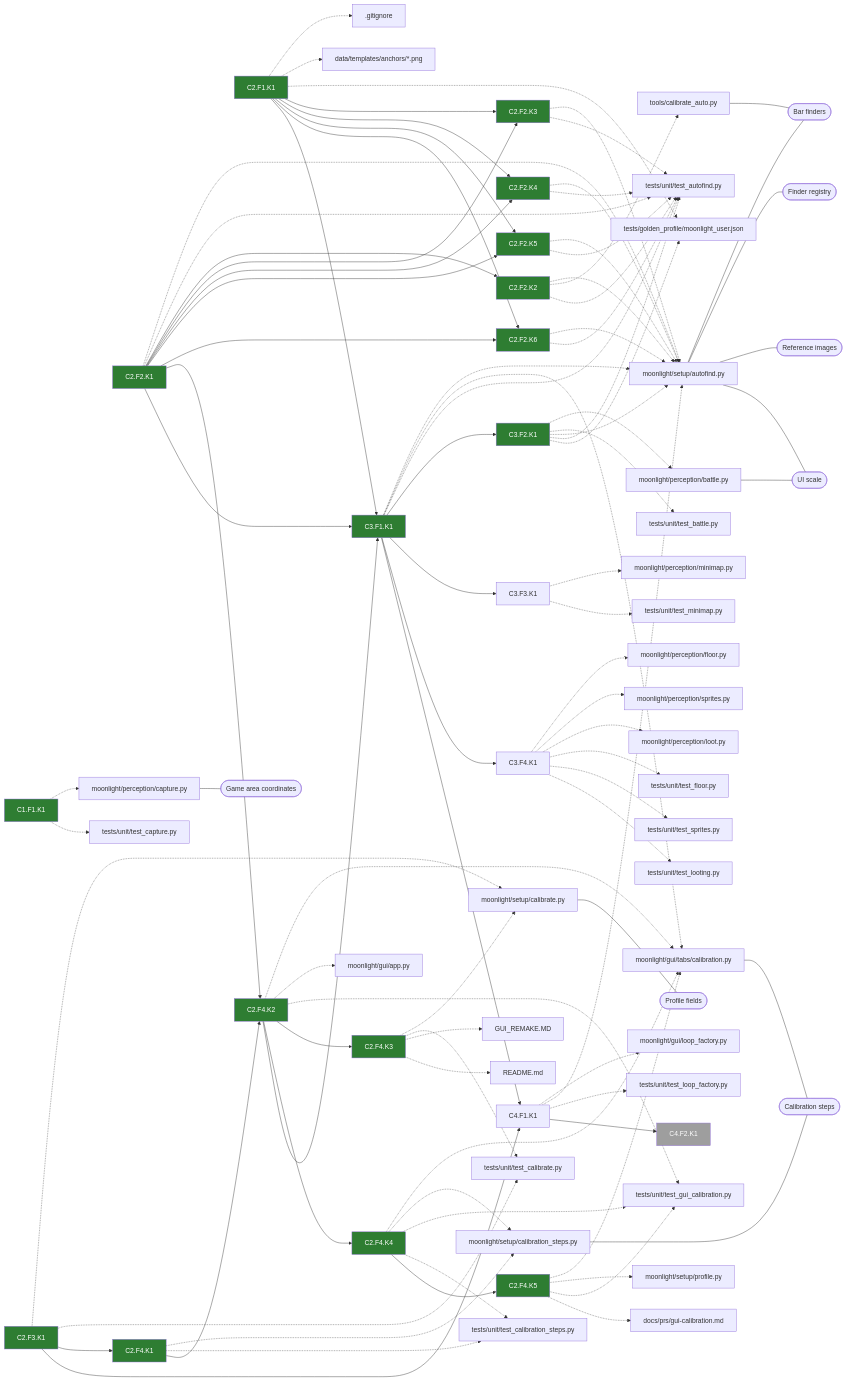
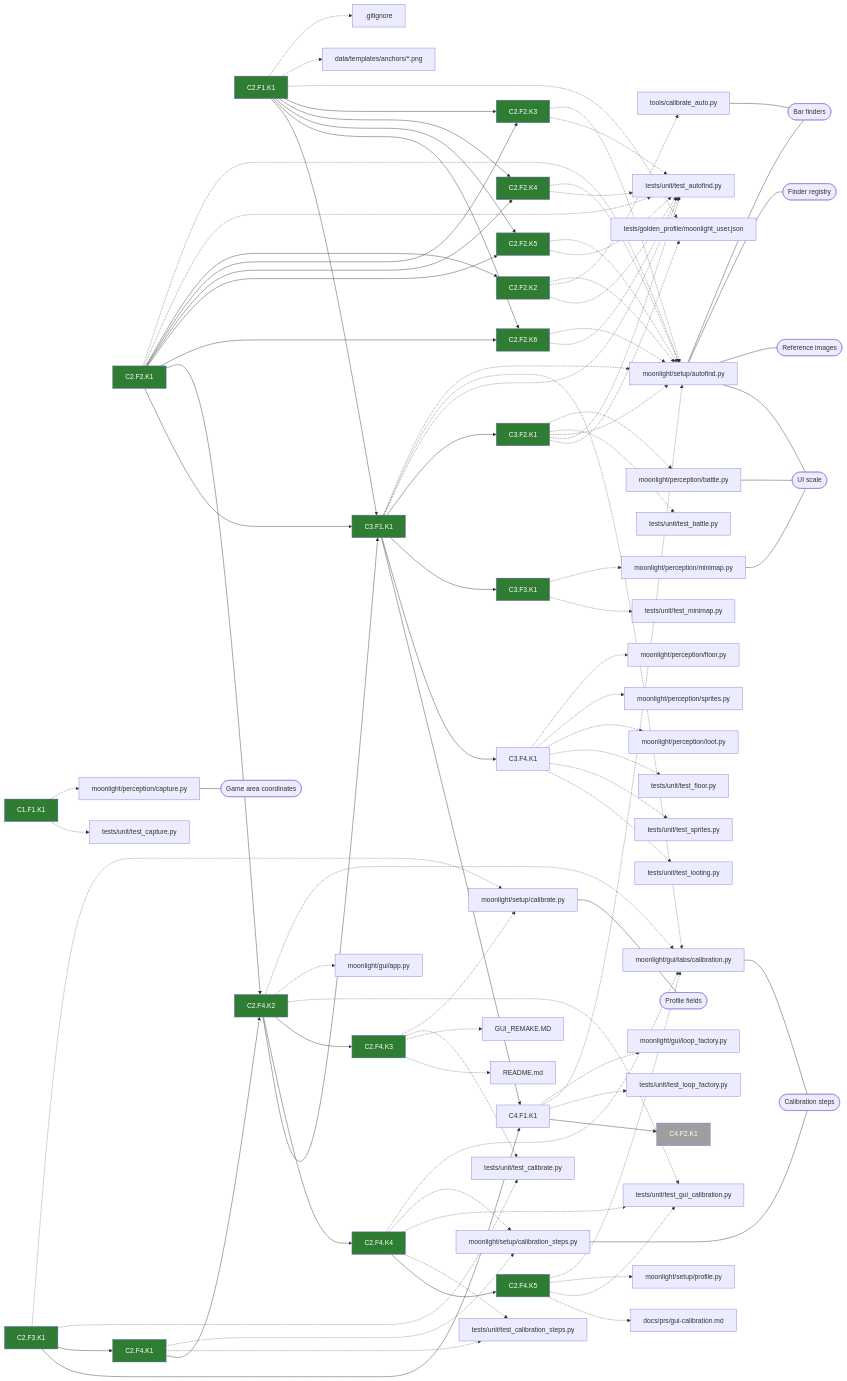
The diagram in docs/prs/gui-calibration.md (Mascotte33/Moonlight), drawn with Mermaid before and after one commit. The commit also changed 3 other files, not shown here.

```diff
--- a/docs/prs/gui-calibration.md
+++ b/docs/prs/gui-calibration.md
@@ -87,7 +87,7 @@
   t13["C2.F4.K5"]:::done
   t14["C3.F1.K1"]:::done
   t15["C3.F2.K1"]:::done
-  t16["C3.F3.K1"]
+  t16["C3.F3.K1"]:::done
   t17["C3.F4.K1"]
   t18["C4.F1.K1"]
   t19["C4.F2.K1"]:::later
@@ -212,6 +212,7 @@
   f7 --- c1
   f8 --- c6
   f9 --- c3
+  f12 --- c6
   f14 --- c0
   f14 --- c2
   f14 --- c5
```
